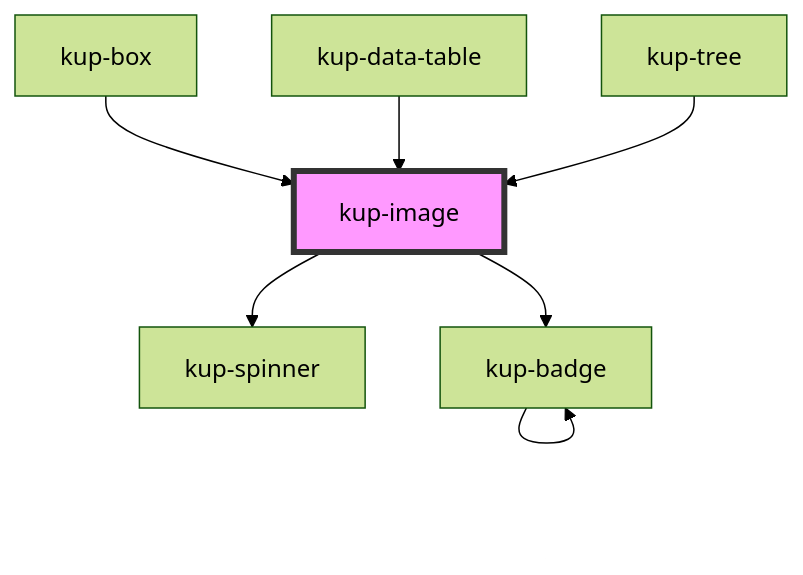
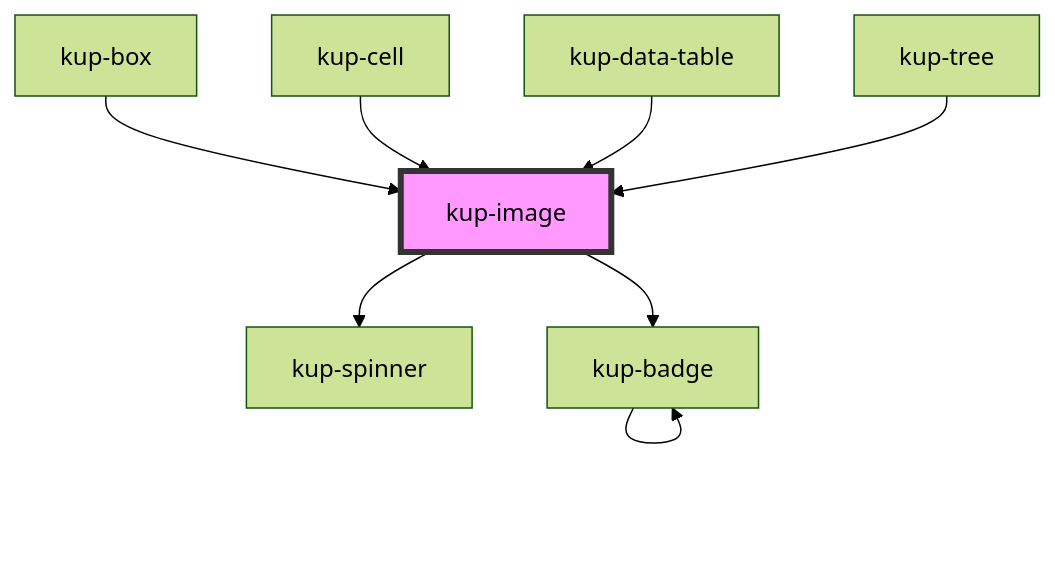
One commit to smeup/ketchup changed the diagram in packages/ketchup/src/components/kup-image/readme.md. Above: the diagram before and after it, drawn with Mermaid (forest theme). The commit also changed other lines of this file and 12 other files, not shown here.

````diff
--- a/packages/ketchup/src/components/kup-image/readme.md
+++ b/packages/ketchup/src/components/kup-image/readme.md
@@ -75,10 +76,11 @@
 ```mermaid
 graph TD;
   kup-image --> kup-spinner
   kup-image --> kup-badge
   kup-badge --> kup-badge
   kup-box --> kup-image
+  kup-cell --> kup-image
   kup-data-table --> kup-image
   kup-tree --> kup-image
   style kup-image fill:#f9f,stroke:#333,stroke-width:4px
 ```
````
